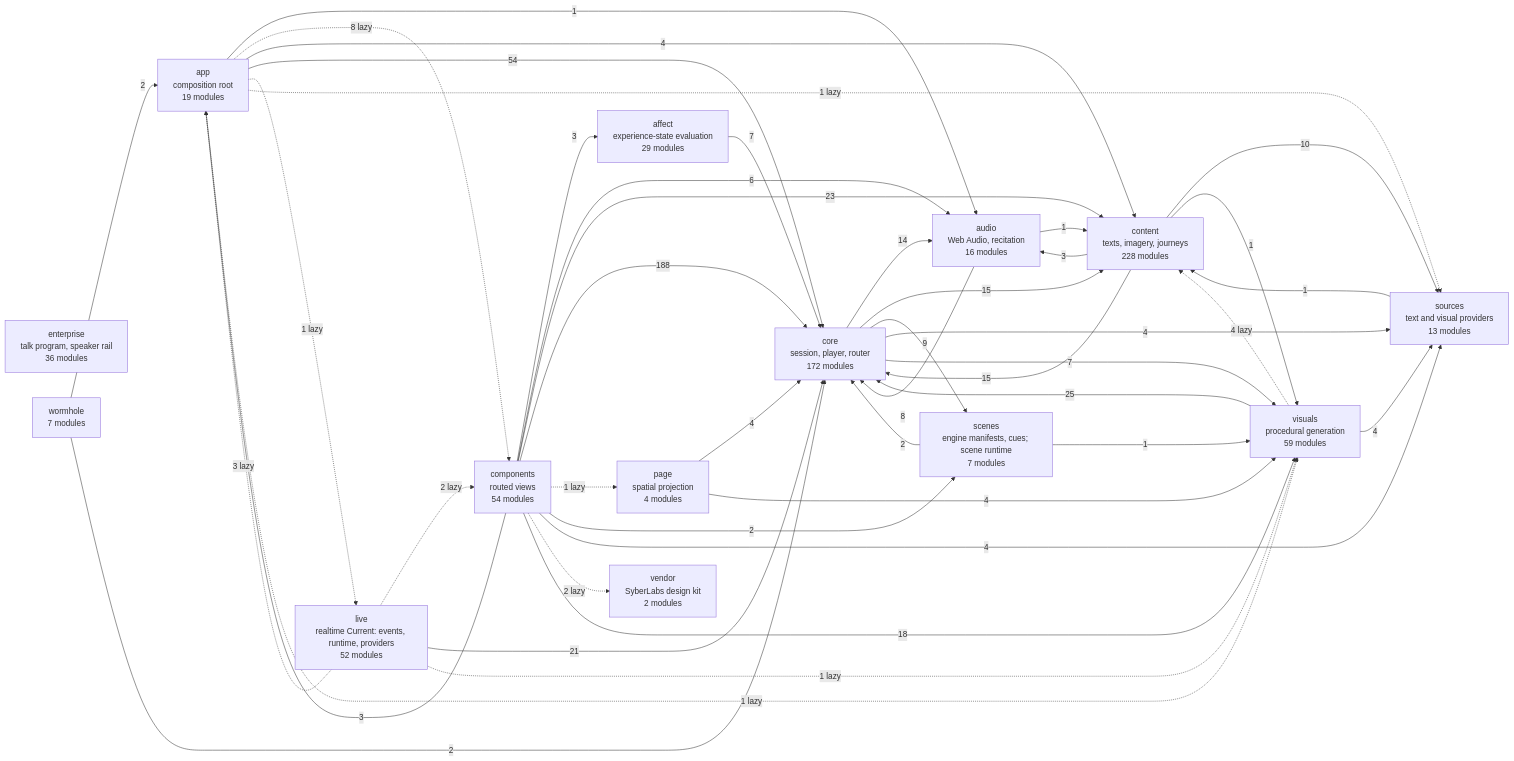
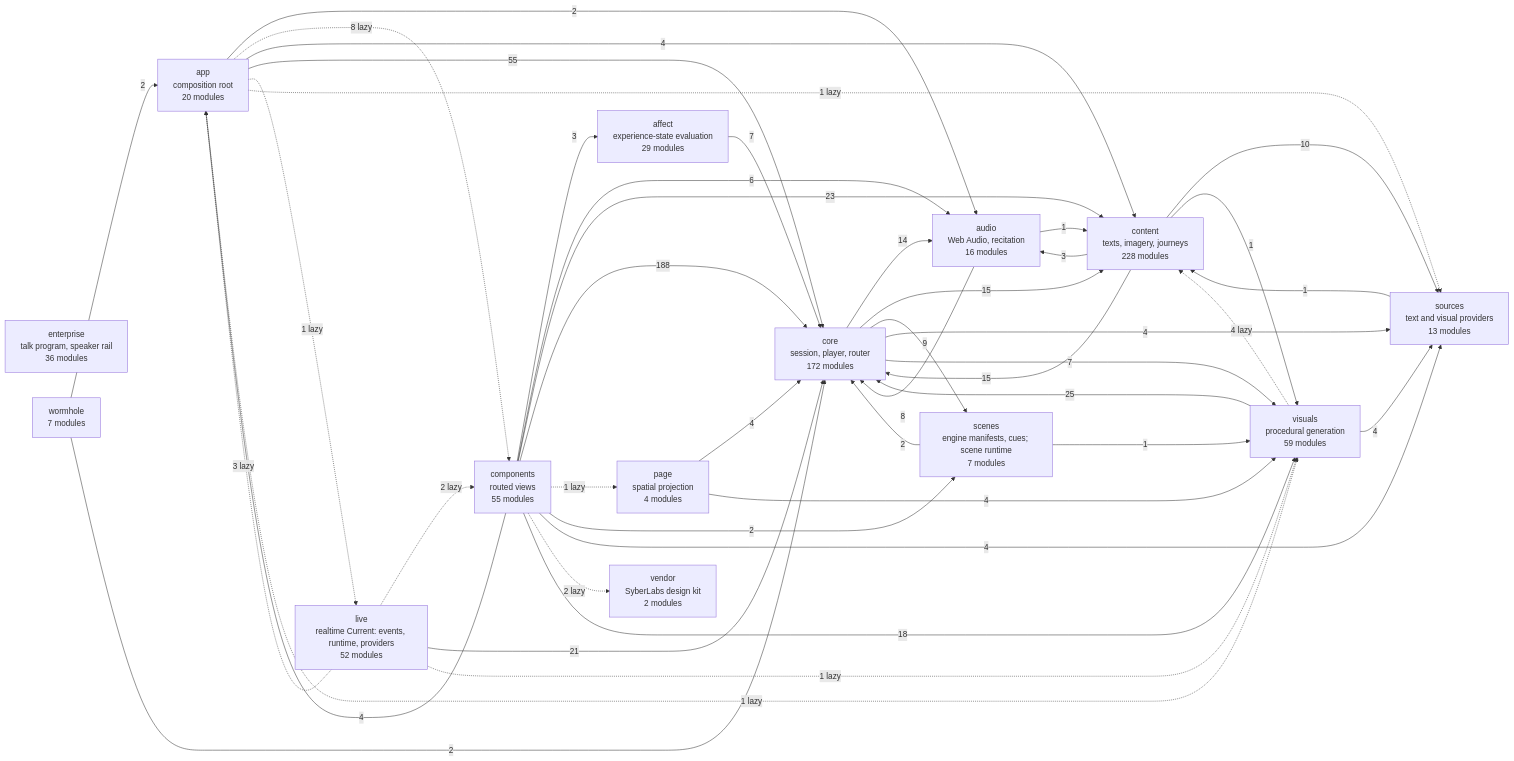
The diagram in docs/specs/ARCHITECTURE.md (SyberLabs/RISE), drawn with Mermaid before and after one commit. The commit also changed 16 other files, not shown here.

````diff
--- a/docs/specs/ARCHITECTURE.md
+++ b/docs/specs/ARCHITECTURE.md
@@ -161,61 +161,61 @@
 ```mermaid
 flowchart LR
     affect["affect<br/>experience-state evaluation<br/>29 modules"]
-    app["app<br/>composition root<br/>19 modules"]
+    app["app<br/>composition root<br/>20 modules"]
     audio["audio<br/>Web Audio, recitation<br/>16 modules"]
-    components["components<br/>routed views<br/>54 modules"]
+    components["components<br/>routed views<br/>55 modules"]
     content["content<br/>texts, imagery, journeys<br/>228 modules"]
     core["core<br/>session, player, router<br/>172 modules"]
     enterprise["enterprise<br/>talk program, speaker rail<br/>36 modules"]
     live["live<br/>realtime Current: events, runtime, providers<br/>52 modules"]
     page["page<br/>spatial projection<br/>4 modules"]
     scenes["scenes<br/>engine manifests, cues; scene runtime<br/>7 modules"]
     sources["sources<br/>text and visual providers<br/>13 modules"]
     vendor["vendor<br/>SyberLabs design kit<br/>2 modules"]
     visuals["visuals<br/>procedural generation<br/>59 modules"]
     wormhole["wormhole<br/>7 modules"]
 
     affect --> |7| core
-    app --> |1| audio
+    app --> |2| audio
     app -.-> |8 lazy| components
     app --> |4| content
-    app --> |54| core
+    app --> |55| core
     app -.-> |1 lazy| live
     app -.-> |1 lazy| sources
     app -.-> |1 lazy| visuals
     audio --> |1| content
     audio --> |8| core
     components --> |3| affect
-    components --> |3| app
+    components --> |4| app
     components --> |6| audio
     components --> |23| content
     components --> |188| core
     components -.-> |1 lazy| page
     components --> |2| scenes
     components --> |4| sources
     components -.-> |2 lazy| vendor
     components --> |18| visuals
     content --> |3| audio
     content --> |15| core
     content --> |10| sources
     content --> |1| visuals
     core --> |14| audio
     core --> |15| content
     core --> |9| scenes
     core --> |4| sources
     core --> |7| visuals
     live -.-> |3 lazy| app
     live -.-> |2 lazy| components
     live --> |21| core
     live -.-> |1 lazy| visuals
     page --> |4| core
     page --> |4| visuals
     scenes --> |2| core
     scenes --> |1| visuals
     sources --> |1| content
     visuals -.-> |4 lazy| content
     visuals --> |25| core
     visuals --> |4| sources
     wormhole --> |2| app
     wormhole --> |2| core
 ```
````
